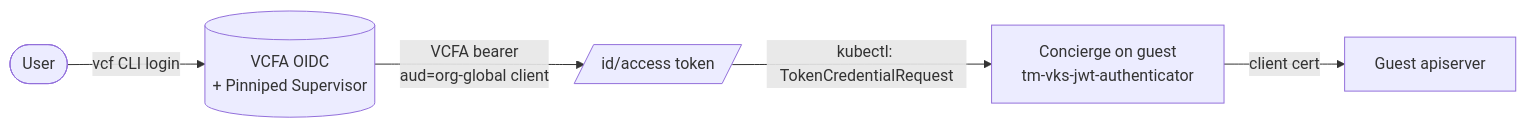
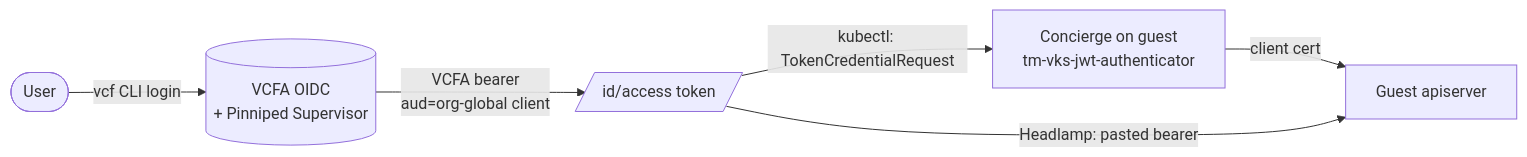
The eighth of 9 diagrams in docs/ARCHITECTURE.md (warroyo/argocd-scaffolding), drawn with Mermaid before and after one commit. The commit also changed other lines of this file and 21 other files, not shown here.

First line of the commit message:
feat: re-land the Headlamp apiserver bearer path (oidc-auth) on VKS 3.7.2

````diff
--- a/docs/ARCHITECTURE.md
+++ b/docs/ARCHITECTURE.md
@@ -691,6 +696,7 @@
 ```mermaid
 flowchart LR
   user([User]) -->|vcf CLI login| vcfa[(VCFA OIDC<br/>+ Pinniped Supervisor)]
   vcfa -->|VCFA bearer<br/>aud=org-global client| tok[/id/access token/]
   tok -->|kubectl: TokenCredentialRequest| concierge[Concierge on guest<br/>tm-vks-jwt-authenticator] -->|client cert| api1[Guest apiserver]
+  tok -->|Headlamp: pasted bearer| api1
 ```
````
